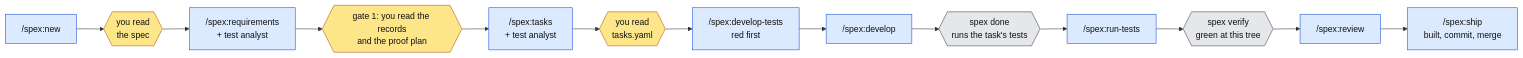
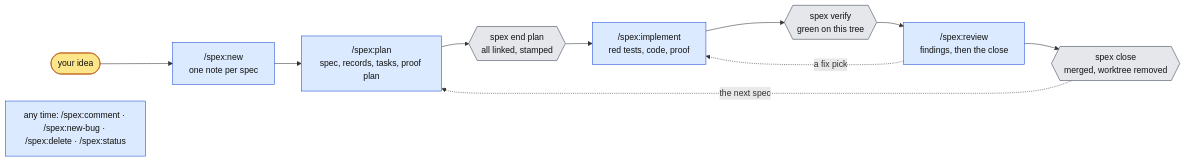
One commit to lukaskellerstein/claude-my-marketplace changed the first of 2 diagrams in README.md. Above: the diagram before and after it, drawn with Mermaid. The commit also changed other lines of this file and 102 other files, not shown here.

````diff
--- a/README.md
+++ b/README.md
@@ -74,7 +76,10 @@
 ```mermaid
 flowchart LR
   classDef person fill:#fde68a,stroke:#b45309,color:#111
   classDef skill fill:#dbeafe,stroke:#1d4ed8,color:#111
   classDef script fill:#e5e7eb,stroke:#374151,color:#111
-  new["/spex:new"]:::skill --> a0{{"you read<br/>the spec"}}:::person --> req["/spex:requirements<br/>+ test analyst"]:::skill --> g1{{"gate 1: you read the records<br/>and the proof plan"}}:::person --> tasks["/spex:tasks<br/>+ test analyst"]:::skill --> a2{{"you read<br/>tasks.yaml"}}:::person --> tests["/spex:develop-tests<br/>red first"]:::skill --> dev["/spex:develop"]:::skill --> done{{"spex done<br/>runs the task's tests"}}:::script --> ver["/spex:run-tests"]:::skill --> vok{{"spex verify<br/>green at this tree"}}:::script --> rev["/spex:review"]:::skill --> ship["/spex:ship<br/>built, commit, merge"]:::skill
+  idea(["your idea"]):::person --> new["/spex:new<br/>one note per spec"]:::skill --> plan["/spex:plan<br/>spec, records, tasks, proof plan"]:::skill --> stamp{{"spex end plan<br/>all linked, stamped"}}:::script --> impl["/spex:implement<br/>red tests, code, proof"]:::skill --> green{{"spex verify<br/>green on this tree"}}:::script --> rev["/spex:review<br/>findings, then the close"]:::skill --> closed{{"spex close<br/>merged, worktree removed"}}:::script
+  rev -. "a fix pick" .-> impl
+  closed -. "the next spec" .-> plan
+  anytime["any time: /spex:comment · /spex:new-bug · /spex:delete · /spex:status"]:::skill
 ```
````
